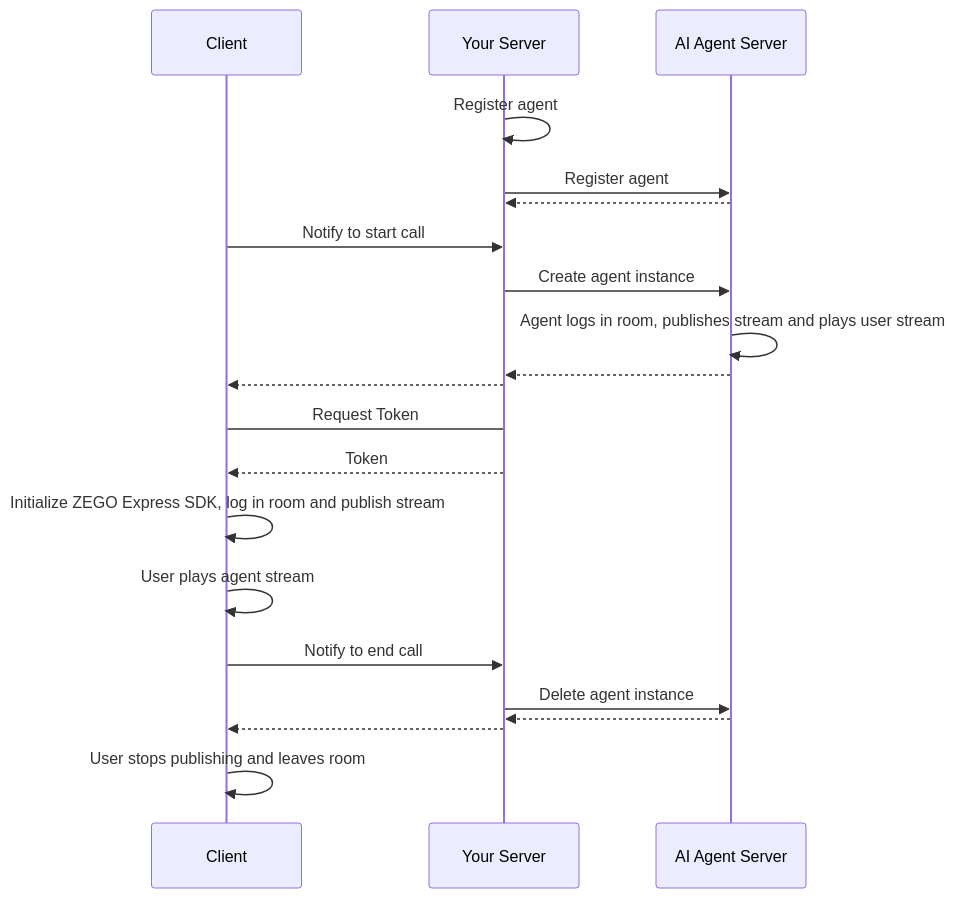
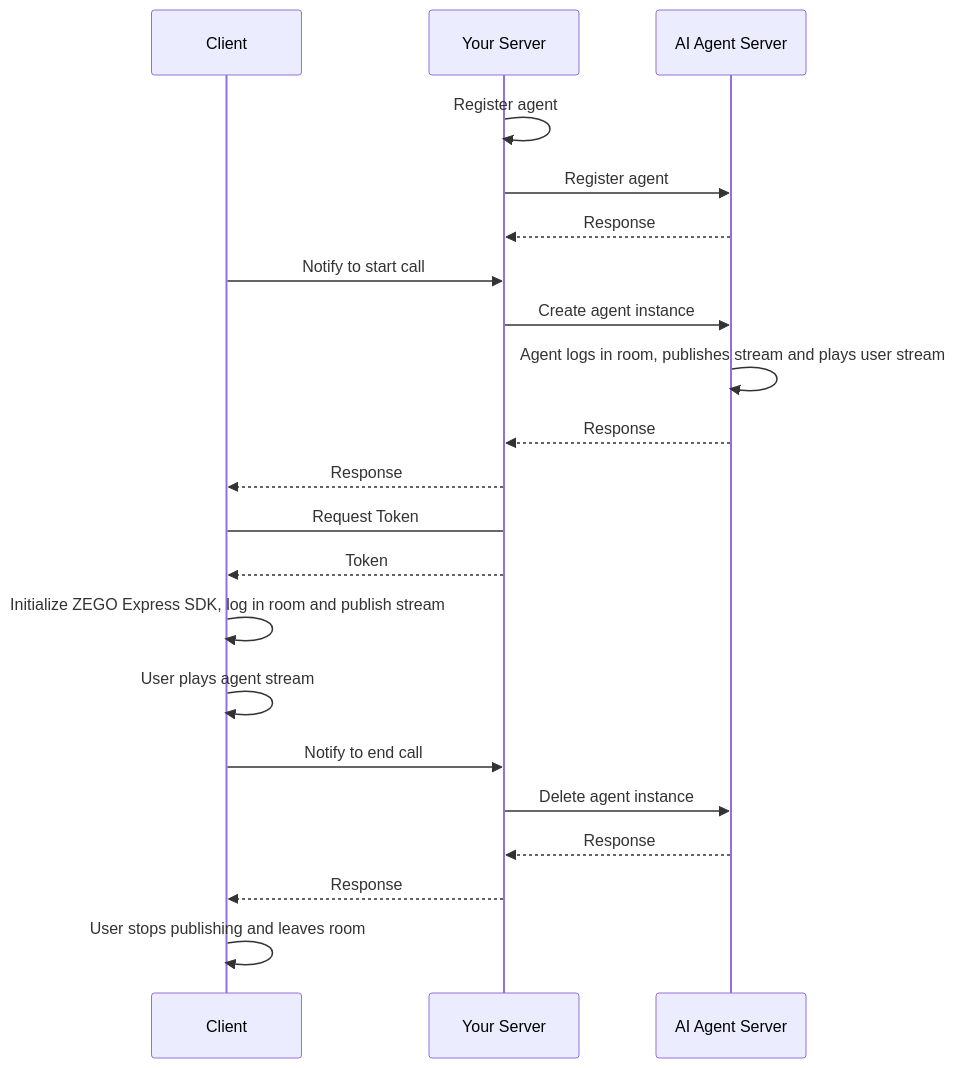
One commit to ZEGOCLOUD/docs_all changed the diagram in core_products/aiagent/en/server/quick-start.mdx. Above: the diagram before and after it, drawn with Mermaid. The commit also changed other lines of this file and 11 other files, not shown here.

````diff
--- a/core_products/aiagent/en/server/quick-start.mdx
+++ b/core_products/aiagent/en/server/quick-start.mdx
@@ -51,30 +51,30 @@
 ```mermaid
 sequenceDiagram
     participant Client
     participant Your Server
     participant AI Agent Server
 
     Your Server->>Your Server: Register agent
     Your Server->>AI Agent Server: Register agent
-    AI Agent Server-->>Your Server:
+    AI Agent Server-->>Your Server: Response
 
     Client->>Your Server: Notify to start call
     Your Server->>AI Agent Server: Create agent instance
     AI Agent Server->>AI Agent Server: Agent logs in room, publishes stream and plays user stream
-    AI Agent Server-->>Your Server:
-    Your Server-->>Client:
+    AI Agent Server-->>Your Server: Response
+    Your Server-->>Client: Response
 
     Client->Your Server: Request Token
     Your Server-->>Client: Token
 
     Client->>Client: Initialize ZEGO Express SDK, log in room and publish stream
 
     Client->>Client: User plays agent stream
 
     Client->>Your Server: Notify to end call
     Your Server->>AI Agent Server: Delete agent instance
-    AI Agent Server-->>Your Server:
-    Your Server-->>Client:
+    AI Agent Server-->>Your Server: Response
+    Your Server-->>Client: Response
 
     Client->>Client: User stops publishing and leaves room
 ```
````
